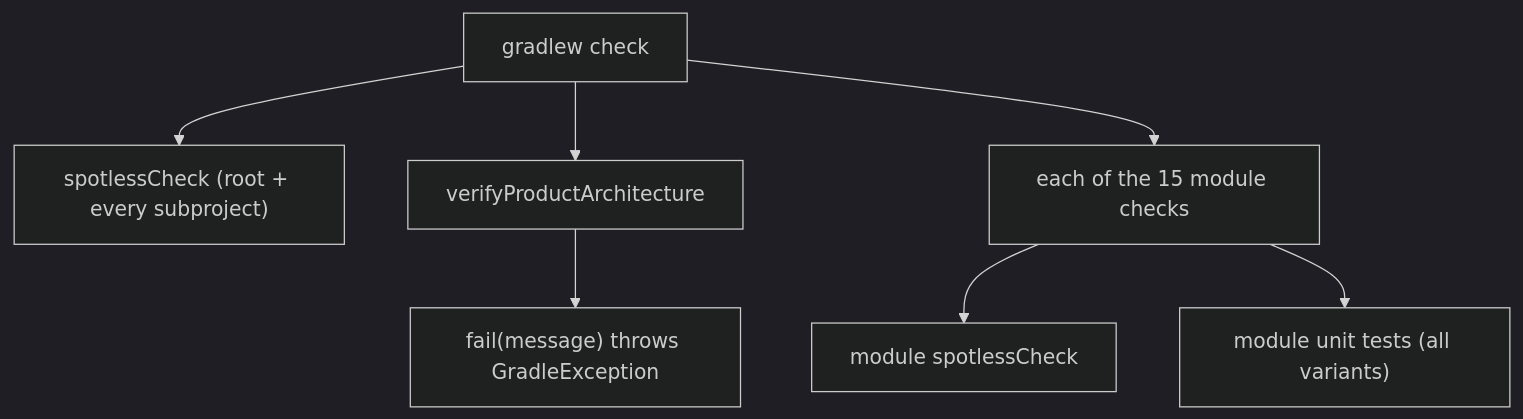
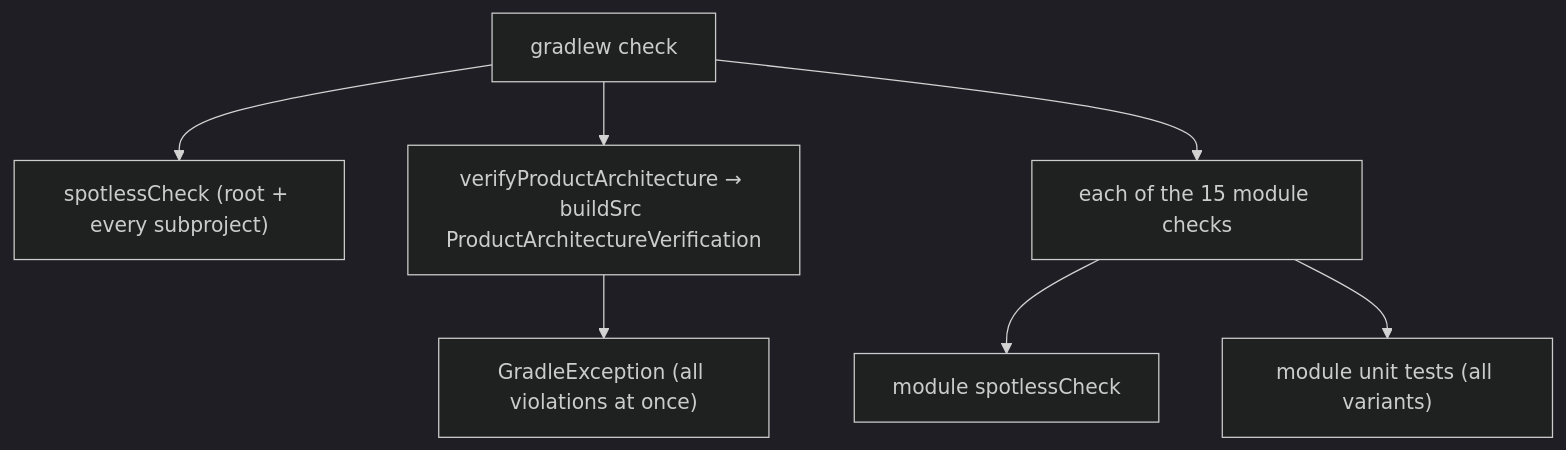
Before and after one commit to DefineMyCode/melody-in-heart-x: the first of 2 diagrams in openwiki/operations/build-and-verification.md, drawn with Mermaid (dark theme). The commit also changed other lines of this file and 38 other files, not shown here.

````diff
--- a/openwiki/operations/build-and-verification.md
+++ b/openwiki/operations/build-and-verification.md
@@ -136,9 +141,9 @@
 ```mermaid
 flowchart TD
     CHECK["gradlew check"] --> SPOT["spotlessCheck (root + every subproject)"]
-    CHECK --> ARCH["verifyProductArchitecture"]
+    CHECK --> ARCH["verifyProductArchitecture → buildSrc ProductArchitectureVerification"]
     CHECK --> SUB["each of the 15 module checks"]
     SUB --> MODSPOT["module spotlessCheck"]
     SUB --> MODTEST["module unit tests (all variants)"]
-    ARCH --> FAIL["fail(message) throws GradleException"]
+    ARCH --> FAIL["GradleException (all violations at once)"]
 ```
````
